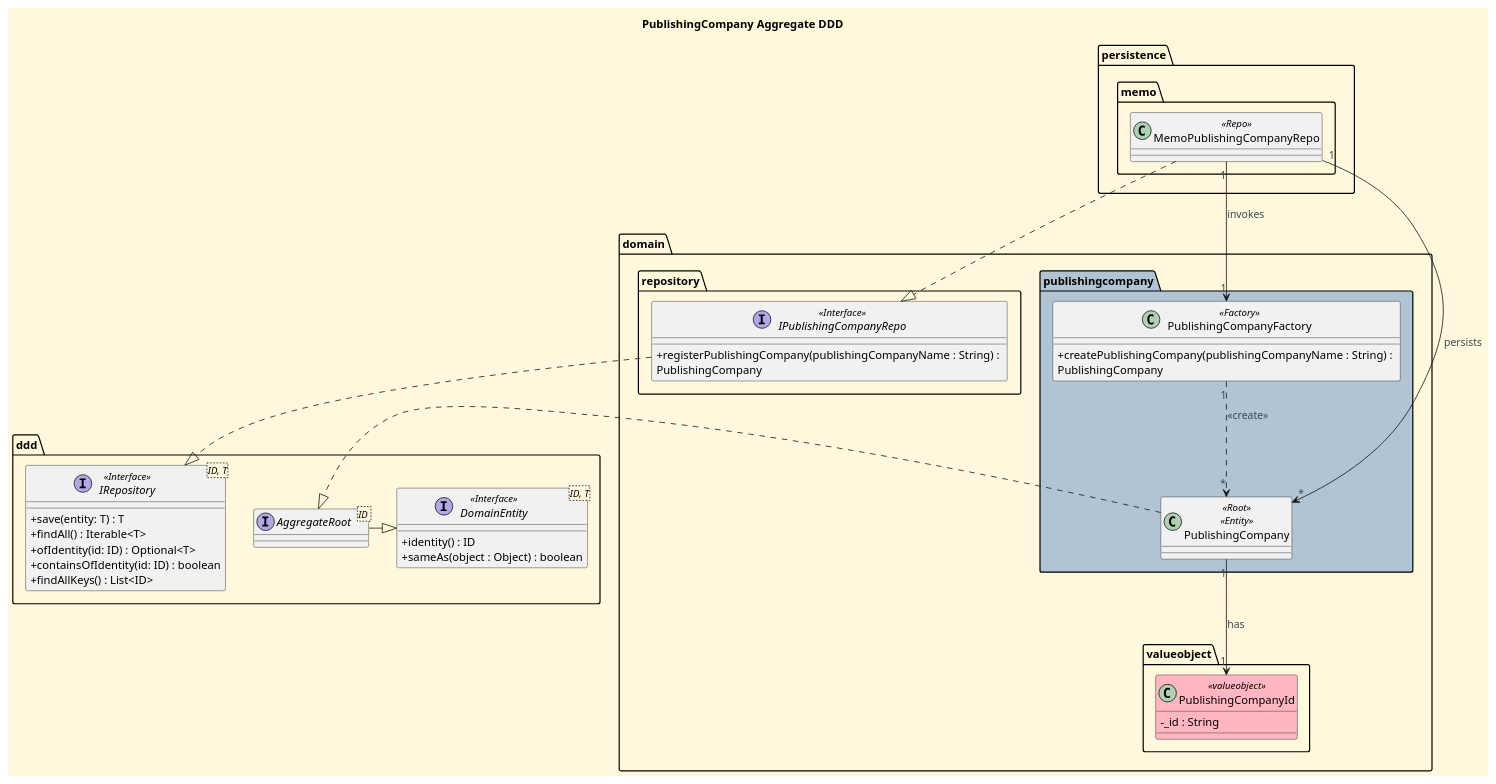
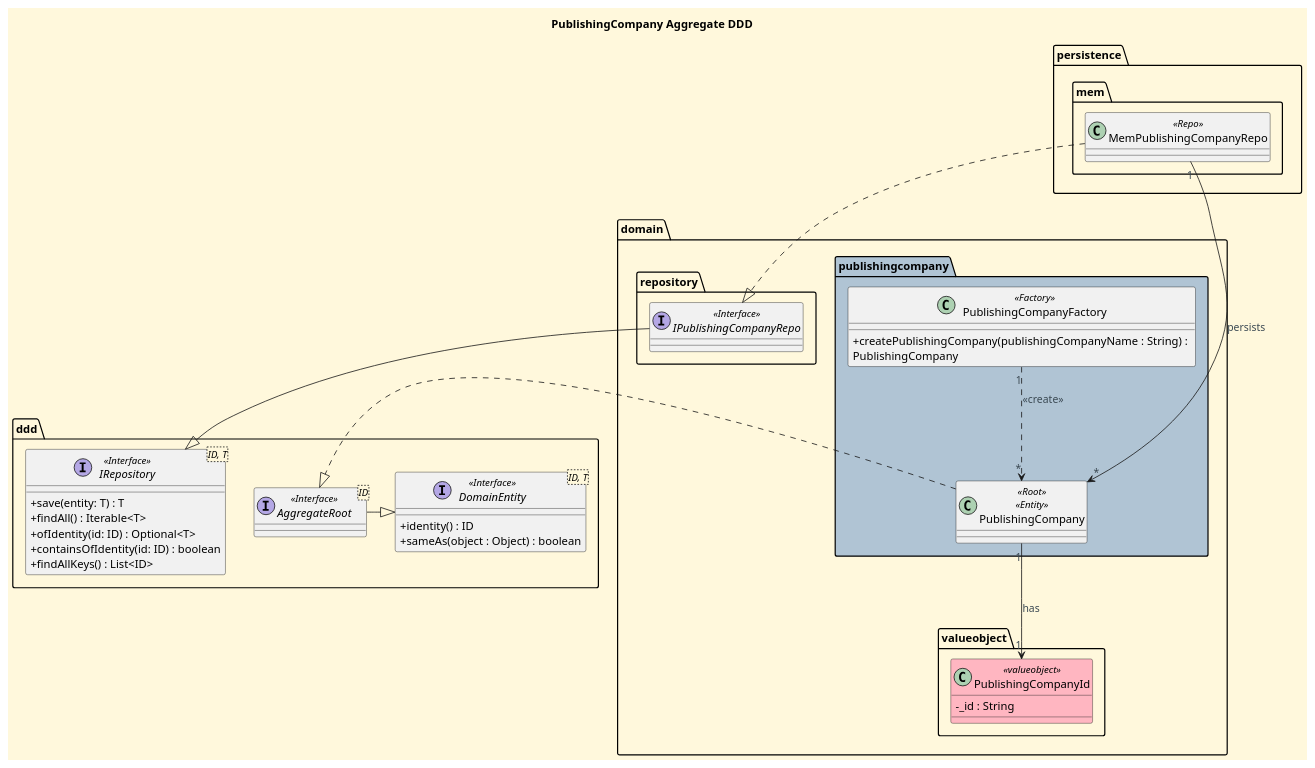
The diagram in docs/aggregates-diagrams/Publishing_Company_Aggregate.puml (CarolinaLeite-collab/JavaMarketplacePlatform), drawn with PlantUML before and after one commit.

Commit message:
docs: remove registerPublishingCompany method from PublishingCompany Aggregate diagram, other minor fixes, ref. #614

```diff
--- a/docs/aggregates-diagrams/Publishing_Company_Aggregate.puml
+++ b/docs/aggregates-diagrams/Publishing_Company_Aggregate.puml
@@ -1,91 +1,88 @@
 @startuml
 'https://plantuml.com/class-diagram
 title PublishingCompany Aggregate DDD
 
 '==== basic style ====
 skinparam monochrome false
 skinparam shadowing false
 skinparam defaultFontName Futura
 skinparam objectFontSize 20
 skinparam backgroundColor CornSilk
 skinparam objectBackgroundColor WhiteSmoke
 skinparam noteBackgroundColor #FFFFE0
 skinparam ArrowFontColor #3B4953
 skinparam ActivationBackgroundColor black
 skinparam classAttributeIconSize 0
 
 top to bottom direction
 
 package "persistence" {
 
-    package "memo" {
+    package "mem" {
 
-        class MemoPublishingCompanyRepo <<Repo>> {
+        class MemPublishingCompanyRepo <<Repo>> {
         }
 
     }
 }
 
 package "domain" {
 
     package "repository" {
 
         interface IPublishingCompanyRepo <<Interface>> {
-        + registerPublishingCompany(publishingCompanyName : String) : \nPublishingCompany
         }
 
     }
 
     package "valueobject" {
 
         class PublishingCompanyId <<valueobject>> #LightPink {
         - _id : String
         }
 
     }
 
     package "publishingcompany" #b0c4d4 {
 
         class PublishingCompany <<Root>> <<Entity>> {
         }
 
         class PublishingCompanyFactory <<Factory>> {
         + createPublishingCompany(publishingCompanyName : String) : \nPublishingCompany
 
         }
 
     }
 
 }
 
 Package "ddd" {
     interface IRepository<ID, T> <<Interface>> {
         +save(entity: T) : T
         +findAll() : Iterable<T>
         +ofIdentity(id: ID) : Optional<T>
         +containsOfIdentity(id: ID) : boolean
         +findAllKeys() : List<ID>
     }
 
-    interface AggregateRoot <ID >{
+    interface AggregateRoot <ID> <<Interface>> {
     }
     interface DomainEntity<ID, T> <<Interface>> {
         +identity() : ID
         +sameAs(object : Object) : boolean
     }
 }
 
 
-MemoPublishingCompanyRepo ..|> IPublishingCompanyRepo
-IPublishingCompanyRepo ..|> IRepository
-MemoPublishingCompanyRepo "1" --> "1" PublishingCompanyFactory : invokes
-
-MemoPublishingCompanyRepo "1" --> "*" PublishingCompany : persists
+MemPublishingCompanyRepo ..|> IPublishingCompanyRepo
+IPublishingCompanyRepo --|> IRepository
+MemPublishingCompanyRepo "1" --> "*" PublishingCompany : persists
 
 PublishingCompany "1" --> "1" PublishingCompanyId: has
 
 PublishingCompanyFactory "1" ..> "*" PublishingCompany: <<create>>
 
 AggregateRoot -|> DomainEntity
 PublishingCompany .|> AggregateRoot
 @enduml
```
